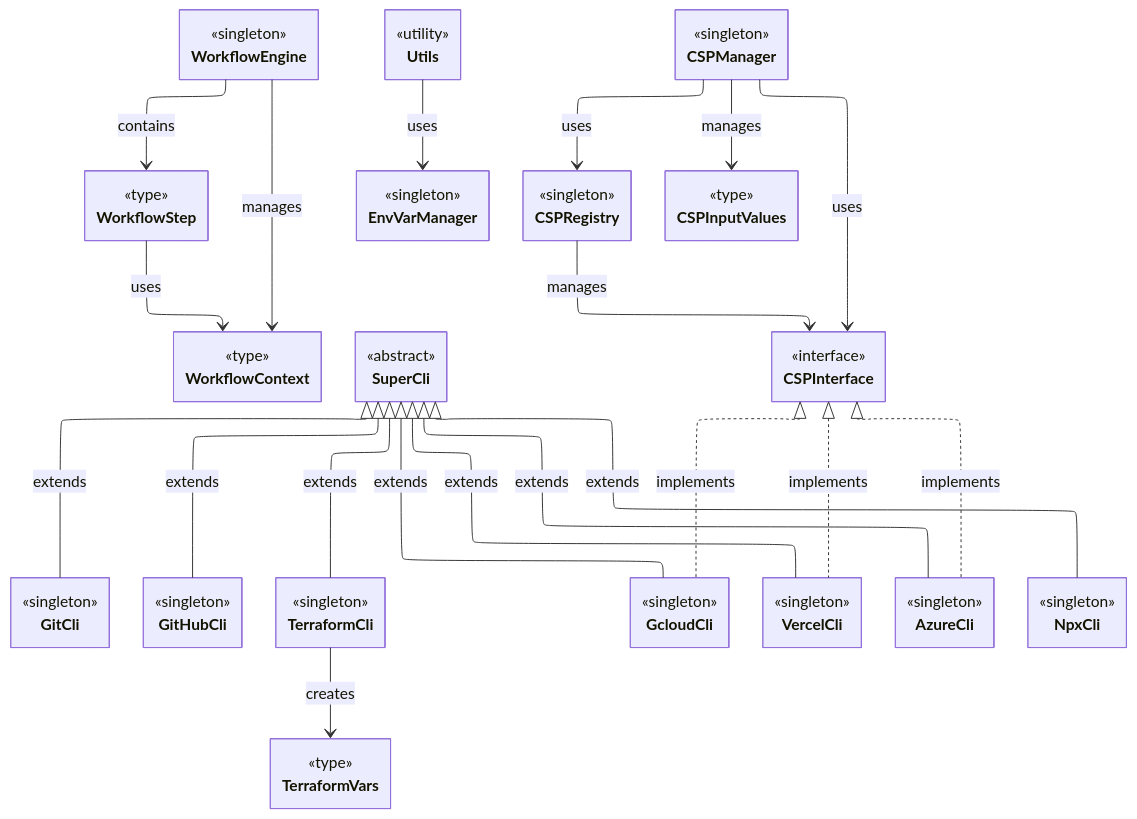
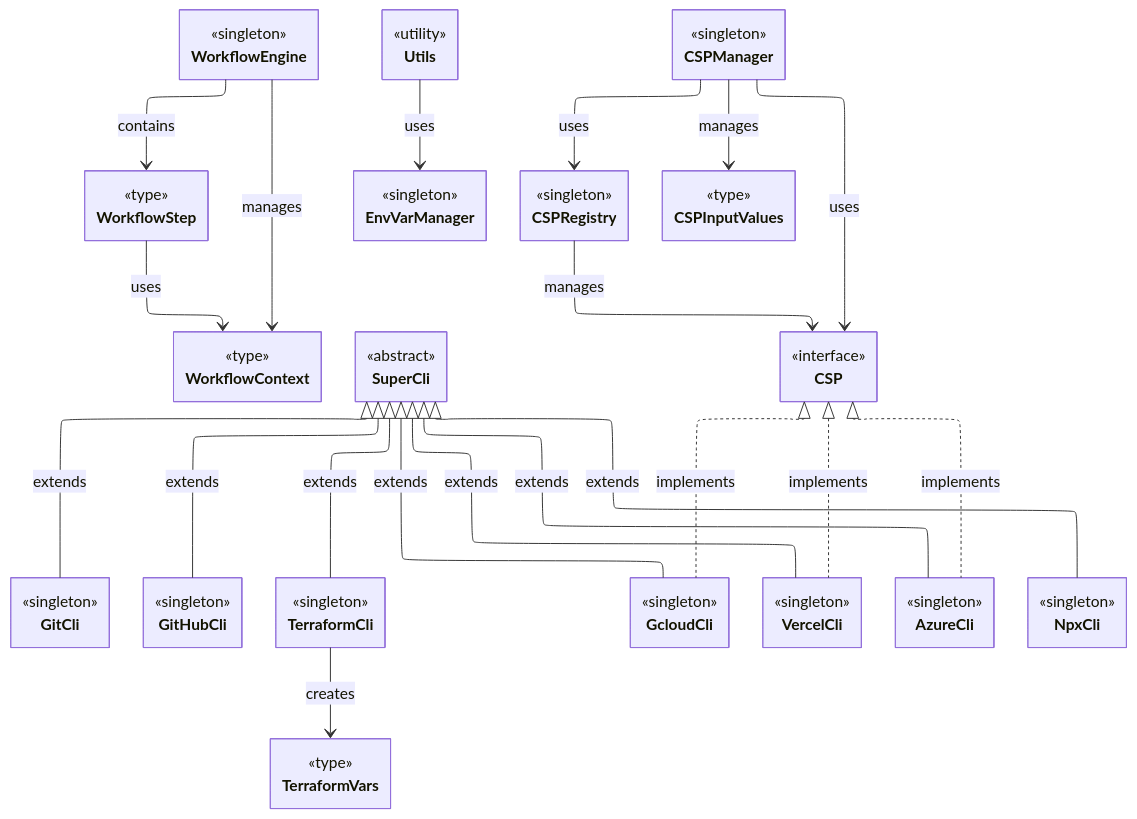
The diagram in class_diagram.mmd (oscarmarcussen/master_diagram), drawn with Mermaid before and after one commit. The commit also changed 12 other files, not shown here.

Commit message:
make better sequence diagrams

```diff
--- a/class_diagram.mmd
+++ b/class_diagram.mmd
@@ -1,85 +1,85 @@
 ---
 config:
   theme: default
   look: classic
   layout: elk
   class:
     hideEmptyMembersBox: true
 ---
 classDiagram
 direction TB
     class WorkflowEngine {
     }
     class WorkflowStep {
     }
     class WorkflowContext {
     }
     class Utils {
     }
     class SuperCli {
     }
     class EnvVarManager {
     }
     class CSPManager {
     }
     class CSPRegistry {
     }
-    class CSPInterface {
+    class CSP {
     }
     class GitCli {
     }
     class GitHubCli {
     }
     class TerraformCli {
     }
     class GcloudCli {
     }
     class VercelCli {
     }
     class AzureCli {
     }
     class NpxCli {
     }
     class CSPInputValues {
     }
     class TerraformVars {
     }
 
 	<<singleton>> WorkflowEngine
 	<<type>> WorkflowStep
 	<<type>> WorkflowContext
 	<<utility>> Utils
 	<<abstract>> SuperCli
 	<<singleton>> EnvVarManager
 	<<singleton>> CSPManager
   <<singleton>> CSPRegistry
-	<<interface>> CSPInterface
+	<<interface>> CSP
 	<<singleton>> GitCli
 	<<singleton>> GitHubCli
 	<<singleton>> TerraformCli
 	<<singleton>> GcloudCli
 	<<singleton>> VercelCli
   <<singleton>> AzureCli
 	<<singleton>> NpxCli
 	<<type>> CSPInputValues
 	<<type>> TerraformVars
 
     WorkflowEngine --> WorkflowStep : contains
     WorkflowEngine --> WorkflowContext : manages
     WorkflowStep --> WorkflowContext : uses
     SuperCli <|-- GitCli : extends
     SuperCli <|-- GitHubCli : extends
     SuperCli <|-- TerraformCli : extends
     SuperCli <|-- NpxCli : extends
     SuperCli <|-- GcloudCli : extends
     SuperCli <|-- VercelCli : extends
     SuperCli <|-- AzureCli : extends
-    CSPInterface <|.. GcloudCli : implements
-    CSPInterface <|.. VercelCli : implements
-    CSPInterface <|.. AzureCli : implements
+    CSP <|.. GcloudCli : implements
+    CSP <|.. VercelCli : implements
+    CSP <|.. AzureCli : implements
     CSPManager --> CSPRegistry : uses
-    CSPRegistry --> CSPInterface : manages
-    CSPManager --> CSPInterface : uses
+    CSPRegistry --> CSP : manages
+    CSPManager --> CSP : uses
     TerraformCli --> TerraformVars : creates
     CSPManager --> CSPInputValues : manages
     Utils --> EnvVarManager : uses
```
